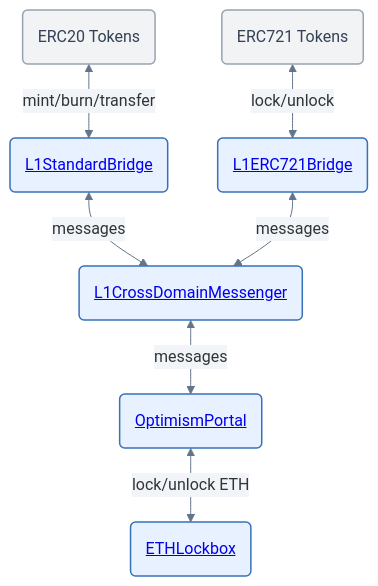
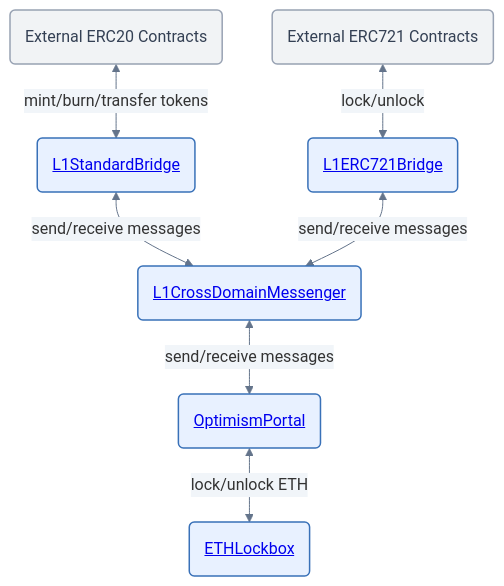
Before and after one commit to ethereum-optimism/specs: the first of 7 diagrams in specs/protocol/overview.md, drawn with Mermaid. The commit also changed other lines of this file, not shown here.

````diff
--- a/specs/protocol/overview.md
+++ b/specs/protocol/overview.md
@@ -60,23 +62,23 @@
 ```mermaid
 %%{init: {"theme": "base", "themeVariables": {"lineColor": "#64748b", "edgeLabelBackground": "#f1f5f9"}, "themeCSS": ".nodeLabel a { color: inherit !important; }"}}%%
 graph TB
-    ExternalERC20(ERC20 Tokens)
-    ExternalERC721(ERC721 Tokens)
+    ExternalERC20(External ERC20 Contracts)
+    ExternalERC721(External ERC721 Contracts)
     L1StandardBridge(<a href="./bridges.html">L1StandardBridge</a>)
     L1ERC721Bridge(<a href="./bridges.html">L1ERC721Bridge</a>)
     L1CrossDomainMessenger(<a href="./messengers.html">L1CrossDomainMessenger</a>)
     OptimismPortal(<a href="./withdrawals.html#the-optimism-portal-contract">OptimismPortal</a>)
     ETHLockbox(<a href="../interop/eth-lockbox.html">ETHLockbox</a>)
 
-    ExternalERC20 <-->|mint/burn/transfer| L1StandardBridge
+    ExternalERC20 <-->|mint/burn/transfer tokens| L1StandardBridge
     ExternalERC721 <-->|lock/unlock| L1ERC721Bridge
-    L1StandardBridge <-->|messages| L1CrossDomainMessenger
-    L1ERC721Bridge <-->|messages| L1CrossDomainMessenger
-    L1CrossDomainMessenger <-->|messages| OptimismPortal
+    L1StandardBridge <-->|send/receive messages| L1CrossDomainMessenger
+    L1ERC721Bridge <-->|send/receive messages| L1CrossDomainMessenger
+    L1CrossDomainMessenger <-->|send/receive messages| OptimismPortal
     OptimismPortal <-->|lock/unlock ETH| ETHLockbox
 
     classDef proxy fill:#e8f1ff,stroke:#3971b8,color:#17375e,stroke-width:1.5px;
     classDef other fill:#f1f3f5,stroke:#98a2b3,color:#344054,stroke-width:1.5px;
     class L1StandardBridge,L1ERC721Bridge,L1CrossDomainMessenger,OptimismPortal,ETHLockbox proxy;
     class ExternalERC20,ExternalERC721 other;
 ```
````
